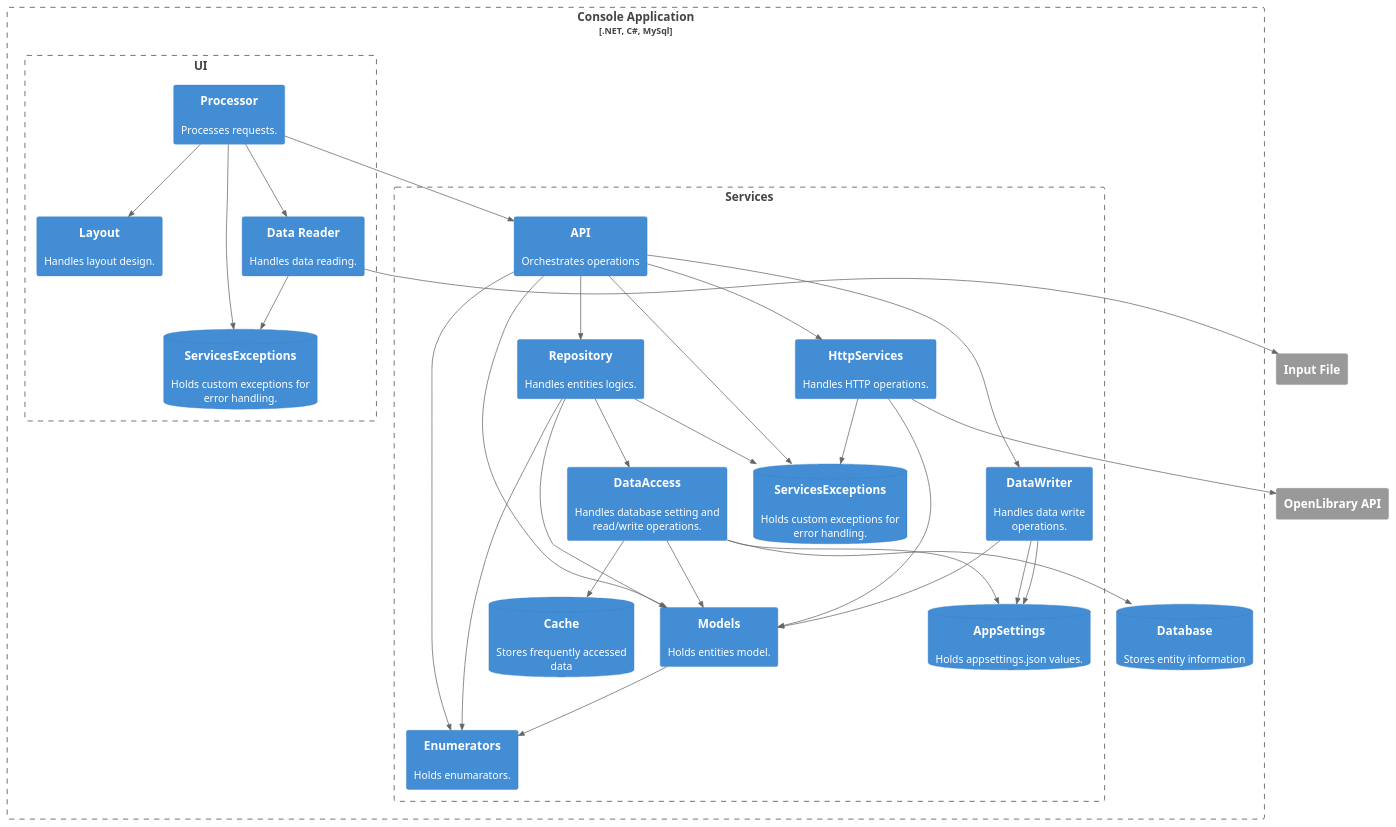
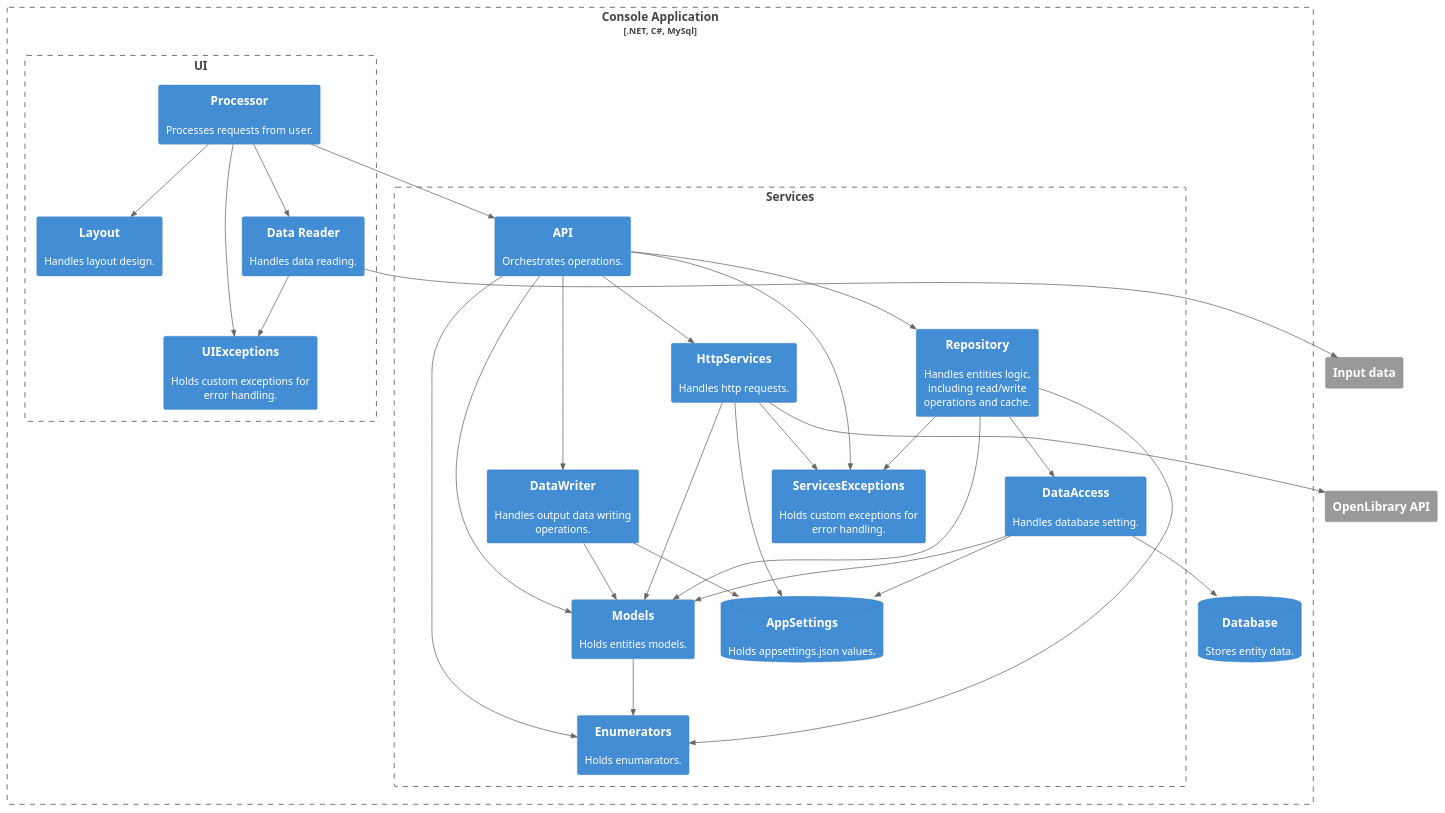
Before and after one commit to henriqueweege/BiblioFetch: the diagram in ArchitectureScheme/3-BiblioFetch.puml, drawn with PlantUML.

Commit message:
Updating architecturalscheme

```diff
--- a/ArchitectureScheme/3-BiblioFetch.puml
+++ b/ArchitectureScheme/3-BiblioFetch.puml
@@ -1,66 +1,64 @@
 @startuml C4_Elements
 !include https://raw.githubusercontent.com/plantuml-stdlib/C4-PlantUML/master/C4_Container.puml
 HIDE_STEREOTYPE()
 
 Boundary(App, "Console Application", ".NET, C#, MySql"){
     
     Boundary(UI, "UI", ""){
-        Container(Processor, "Processor", "", "Processes requests.") 
+        Container(Processor, "Processor", "", "Processes requests from user.") 
         Container(Layout, "Layout", "", "Handles layout design.")    
         Container(DataReader, "Data Reader", "", "Handles data reading.")
-        ContainerDb(UIExceptions, "ServicesExceptions", "", "Holds custom exceptions for error handling.")
+        Container(UIExceptions, "UIExceptions", "", "Holds custom exceptions for error handling.")
 
     }
     
     
     Boundary(Services, "Services",""){
         
         
-        Container(Api, "API", "", "Orchestrates operations")
-        Container(Models, "Models", "", "Holds entities model.")
+        Container(Api, "API", "", "Orchestrates operations.")
+        Container(Models, "Models", "", "Holds entities models.")
         Container(Enums, "Enumerators", "", "Holds enumarators.")
-        Container(Repository, "Repository", "", "Handles entities logics.")
-        Container(DataAccess, "DataAccess", "", "Handles database setting and read/write operations.")
-        Container(HttpServices, "HttpServices", "", "Handles HTTP operations.")
-        Container(DataWriter, "DataWriter", "", "Handles data write operations.")
-        ContainerDb(Cache, "Cache", "", "Stores frequently accessed data")
+        Container(Repository, "Repository", "", "Handles entities logic, including read/write operations and cache.")
+        Container(DataAccess, "DataAccess", "", "Handles database setting.")
+        Container(HttpServices, "HttpServices", "", "Handles http requests.")
+        Container(DataWriter, "DataWriter", "", "Handles output data writing operations.")
+        Container(ServicesExceptions, "ServicesExceptions", "", "Holds custom exceptions for error handling.")
+    
         ContainerDb(AppSettings, "AppSettings", "", "Holds appsettings.json values.")
-        ContainerDb(ServicesExceptions, "ServicesExceptions", "", "Holds custom exceptions for error handling.")
-    
     }
 
-    ContainerDb(Database, "Database", "", "Stores entity information")
+    ContainerDb(Database, "Database", "", "Stores entity data.")
 }
 
 System_Ext(OpenLibrary, "OpenLibrary API", "")
-System_Ext(ExternalFile, "Input File", "")
+System_Ext(ExternalData, "Input data", "")
 
 Rel(Processor, Layout, "")
 Rel(Processor, UIExceptions, "")
 Rel(DataReader, UIExceptions, "")
 Rel(Processor, Api, "")
 Rel(Processor, DataReader, "")
 Rel(Api, HttpServices, "")
 Rel(Api, DataWriter, "")
 Rel(Api, Repository, "")
 Rel(Api, Models, "")
 Rel(Models, Enums, "")
 Rel(Api, Enums, "")
 Rel(Api, ServicesExceptions, "")
 Rel(HttpServices, ServicesExceptions, "")
 Rel(Repository, ServicesExceptions, "")
 Rel(Repository, Enums, "")
 Rel(Repository, Models, "")
 Rel(DataWriter, Models, "")
 Rel(DataWriter, AppSettings, "")
 Rel(DataAccess, AppSettings, "")
-Rel(DataWriter, AppSettings, "")
+Rel(HttpServices, AppSettings, "")
 Rel(HttpServices, Models, "")
 Rel(HttpServices, OpenLibrary, "")
 Rel(Repository, DataAccess, "")
-Rel(DataAccess, Cache, "")
 Rel(DataAccess, Database, "")
 Rel(DataAccess, Models, "")
-Rel(DataReader, ExternalFile, "")
+Rel(DataReader, ExternalData, "")
 
 @enduml
```
